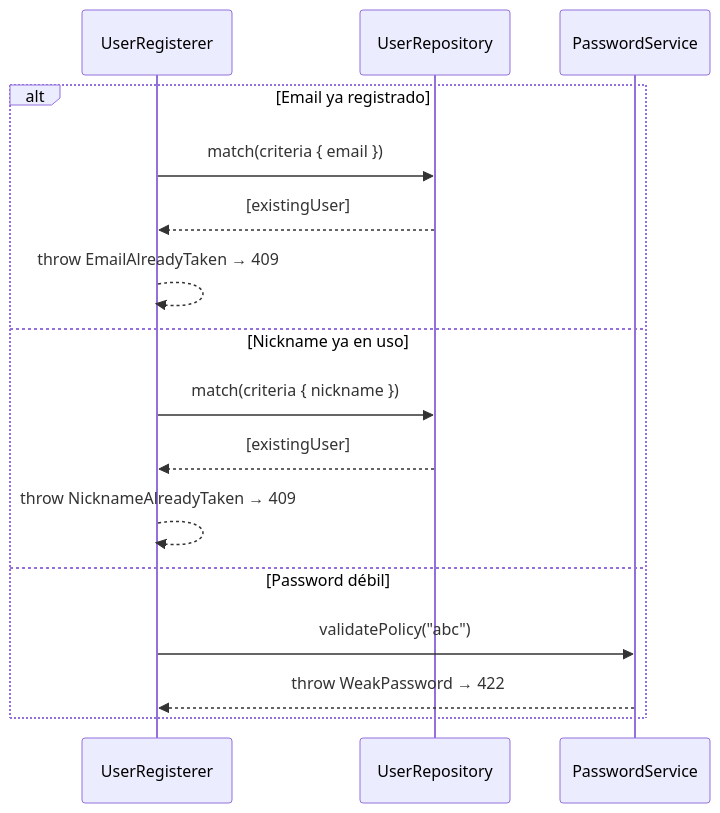
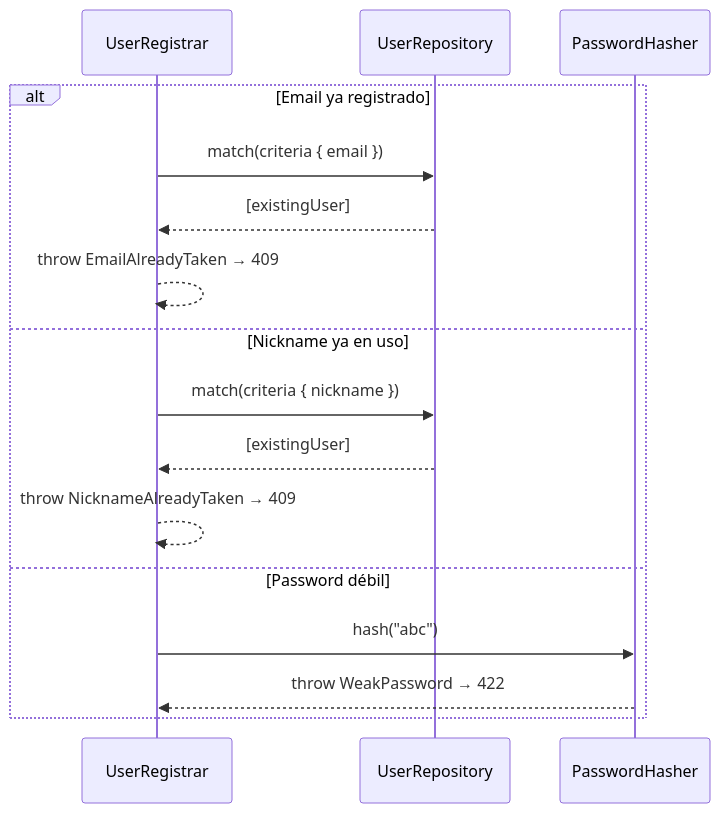
One commit to AbrahamVilchesDeLaCruz/ididntcatchthat changed the second of 2 diagrams in docs/apps/api/identity/register/sequence.md. Above: the diagram before and after it, drawn with Mermaid. The commit also changed other lines of this file and 7 other files, not shown here.

````diff
--- a/docs/apps/api/identity/register/sequence.md
+++ b/docs/apps/api/identity/register/sequence.md
@@ -49,19 +49,19 @@
 ```mermaid
 sequenceDiagram
-    participant UC as UserRegisterer
+    participant UC as UserRegistrar
     participant UREPO as UserRepository
-    participant PS as PasswordService
+    participant PH as PasswordHasher
 
     alt Email ya registrado
         UC->>UREPO: match(criteria { email })
         UREPO-->>UC: [existingUser]
         UC-->>UC: throw EmailAlreadyTaken → 409
     else Nickname ya en uso
         UC->>UREPO: match(criteria { nickname })
         UREPO-->>UC: [existingUser]
         UC-->>UC: throw NicknameAlreadyTaken → 409
     else Password débil
-        UC->>PS: validatePolicy("abc")
-        PS-->>UC: throw WeakPassword → 422
+        UC->>PH: hash("abc")
+        PH-->>UC: throw WeakPassword → 422
     end
 ```
````
